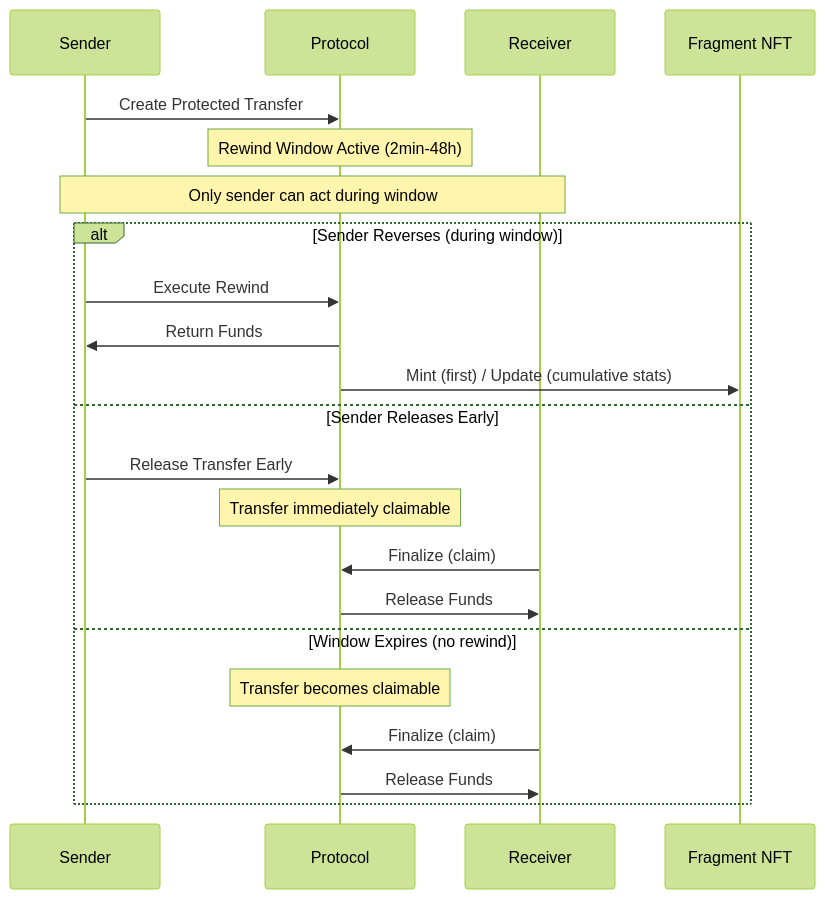
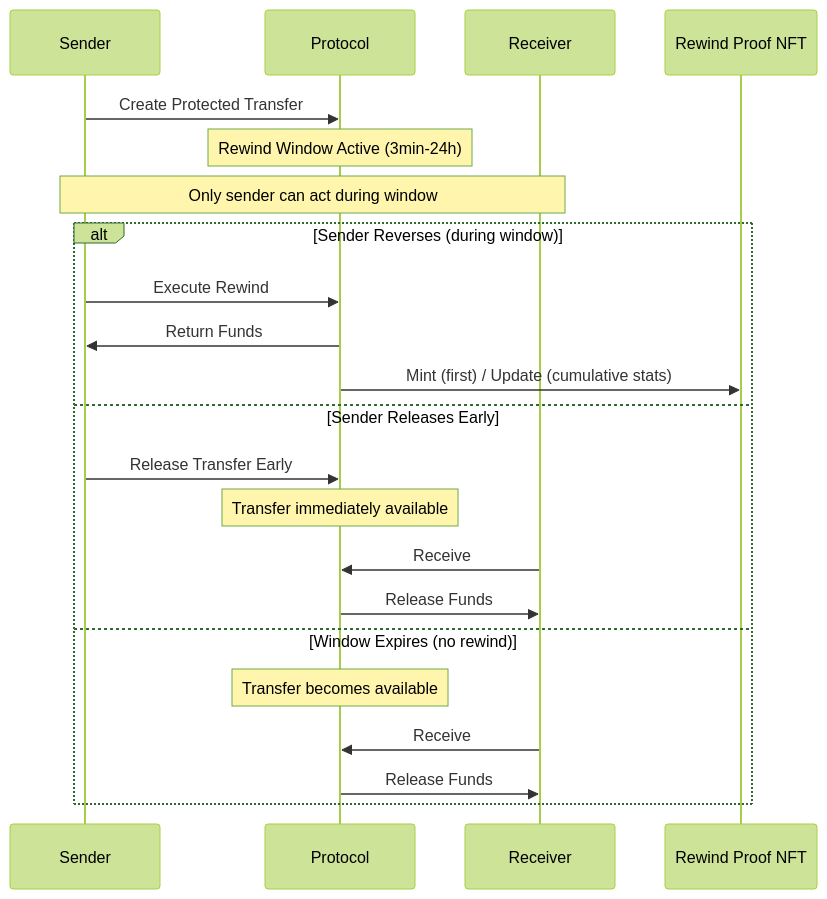
One commit to calvinrewindx/rewindx-landing changed the diagram in content/Rewind_X_Lightpaper_PUBLIC_v1.4.md. Above: the diagram before and after it, drawn with Mermaid (forest theme). The commit also changed other lines of this file and 70 other files, not shown here.

````diff
--- a/content/Rewind_X_Lightpaper_PUBLIC_v1.4.md
+++ b/content/Rewind_X_Lightpaper_PUBLIC_v1.4.md
@@ -94,26 +94,26 @@
 ```mermaid
 sequenceDiagram
     participant Sender
     participant Protocol
     participant Receiver
-    participant Fragment NFT
+    participant Rewind Proof NFT
 
     Sender->>Protocol: Create Protected Transfer
-    Note over Protocol: Rewind Window Active (2min-48h)
+    Note over Protocol: Rewind Window Active (3min-24h)
     Note over Sender,Receiver: Only sender can act during window
 
     alt Sender Reverses (during window)
         Sender->>Protocol: Execute Rewind
         Protocol->>Sender: Return Funds
-        Protocol->>Fragment NFT: Mint (first) / Update (cumulative stats)
+        Protocol->>Rewind Proof NFT: Mint (first) / Update (cumulative stats)
     else Sender Releases Early
         Sender->>Protocol: Release Transfer Early
-        Note over Protocol: Transfer immediately claimable
-        Receiver->>Protocol: Finalize (claim)
+        Note over Protocol: Transfer immediately available
+        Receiver->>Protocol: Receive
         Protocol->>Receiver: Release Funds
     else Window Expires (no rewind)
-        Note over Protocol: Transfer becomes claimable
-        Receiver->>Protocol: Finalize (claim)
+        Note over Protocol: Transfer becomes available
+        Receiver->>Protocol: Receive
         Protocol->>Receiver: Release Funds
     end
 ```
````
